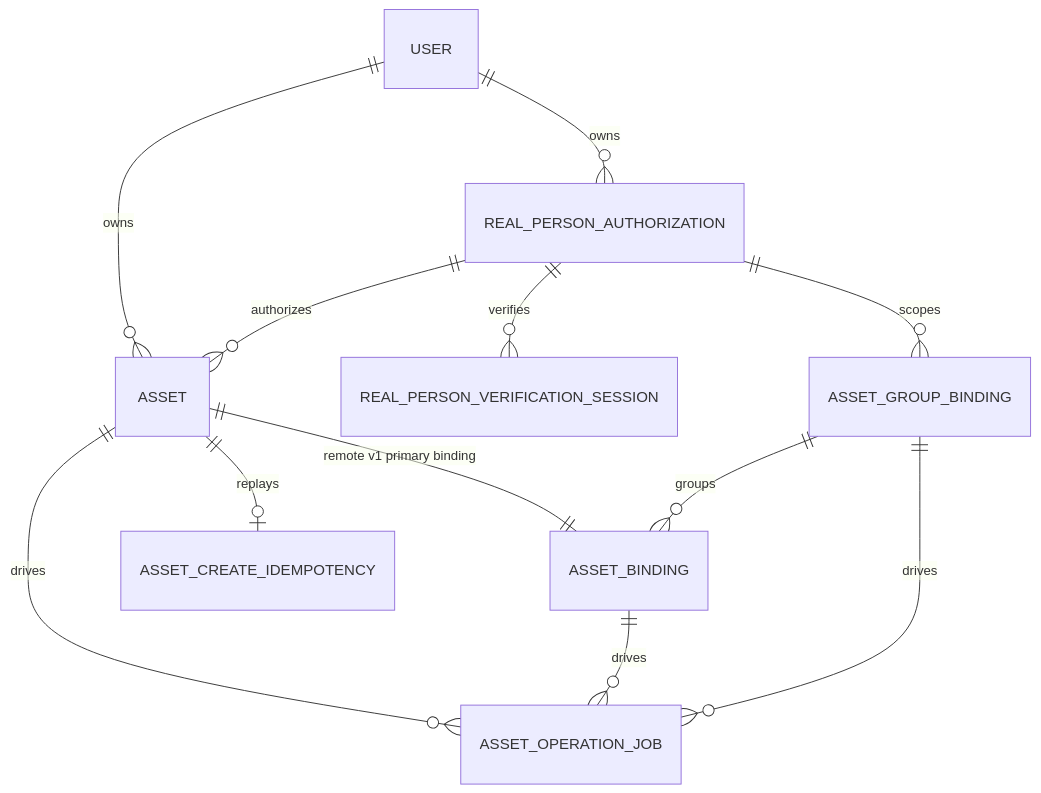
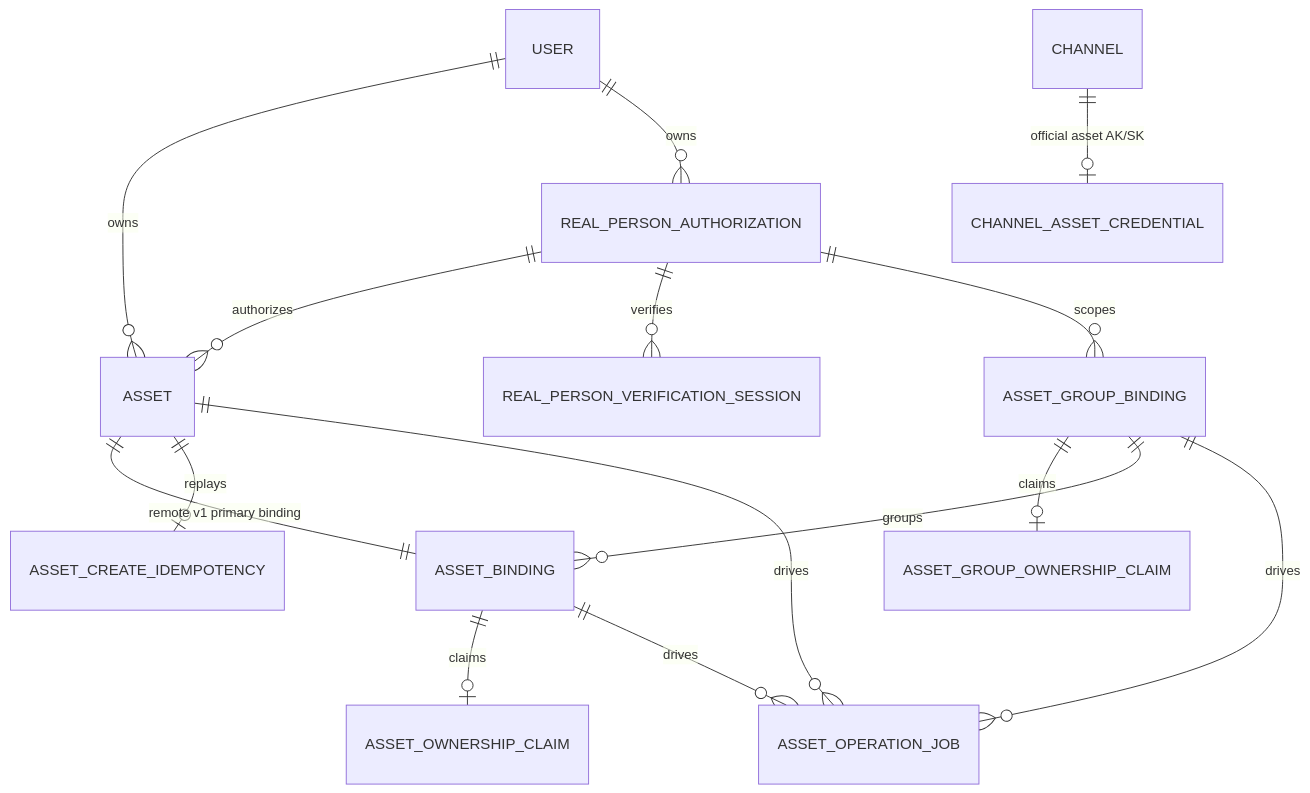
The diagram in docs/20-architecture/数据模型.md (wuqiang44444444/new-api), drawn with Mermaid before and after one commit. The commit also changed other lines of this file and 62 other files, not shown here.

````diff
--- a/docs/20-architecture/数据模型.md
+++ b/docs/20-architecture/数据模型.md
@@ -36,14 +50,17 @@
 ```mermaid
 erDiagram
     USER ||--o{ ASSET : owns
     USER ||--o{ REAL_PERSON_AUTHORIZATION : owns
+    CHANNEL ||--o| CHANNEL_ASSET_CREDENTIAL : "official asset AK/SK"
     ASSET ||--|| ASSET_BINDING : "remote v1 primary binding"
+    ASSET_BINDING ||--o| ASSET_OWNERSHIP_CLAIM : claims
     REAL_PERSON_AUTHORIZATION ||--o{ ASSET : authorizes
     REAL_PERSON_AUTHORIZATION ||--o{ REAL_PERSON_VERIFICATION_SESSION : verifies
     REAL_PERSON_AUTHORIZATION ||--o{ ASSET_GROUP_BINDING : scopes
+    ASSET_GROUP_BINDING ||--o| ASSET_GROUP_OWNERSHIP_CLAIM : claims
     ASSET_GROUP_BINDING ||--o{ ASSET_BINDING : groups
     ASSET ||--o| ASSET_CREATE_IDEMPOTENCY : replays
     ASSET ||--o{ ASSET_OPERATION_JOB : drives
     ASSET_BINDING ||--o{ ASSET_OPERATION_JOB : drives
     ASSET_GROUP_BINDING ||--o{ ASSET_OPERATION_JOB : drives
 ```
````
